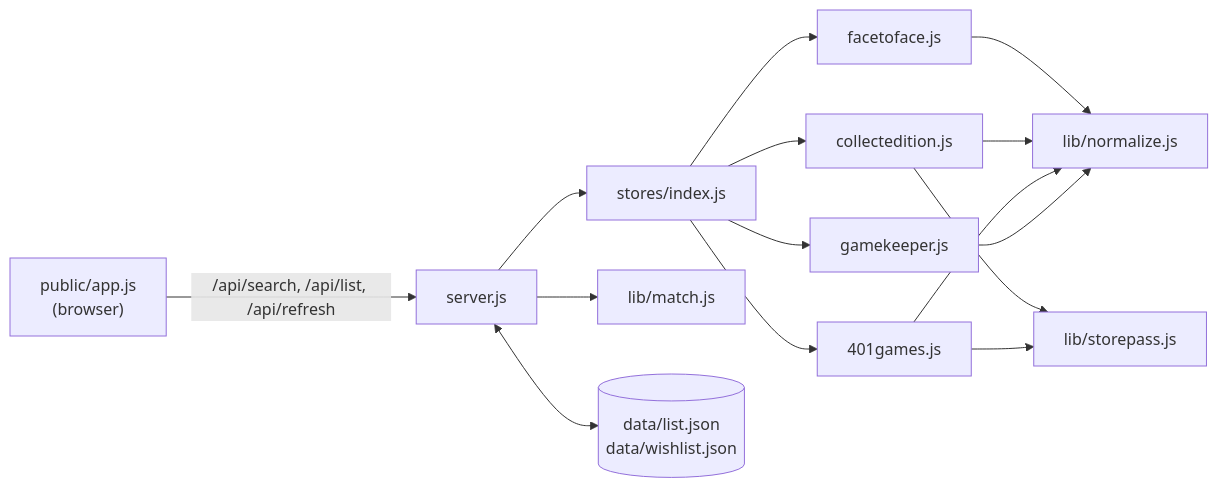
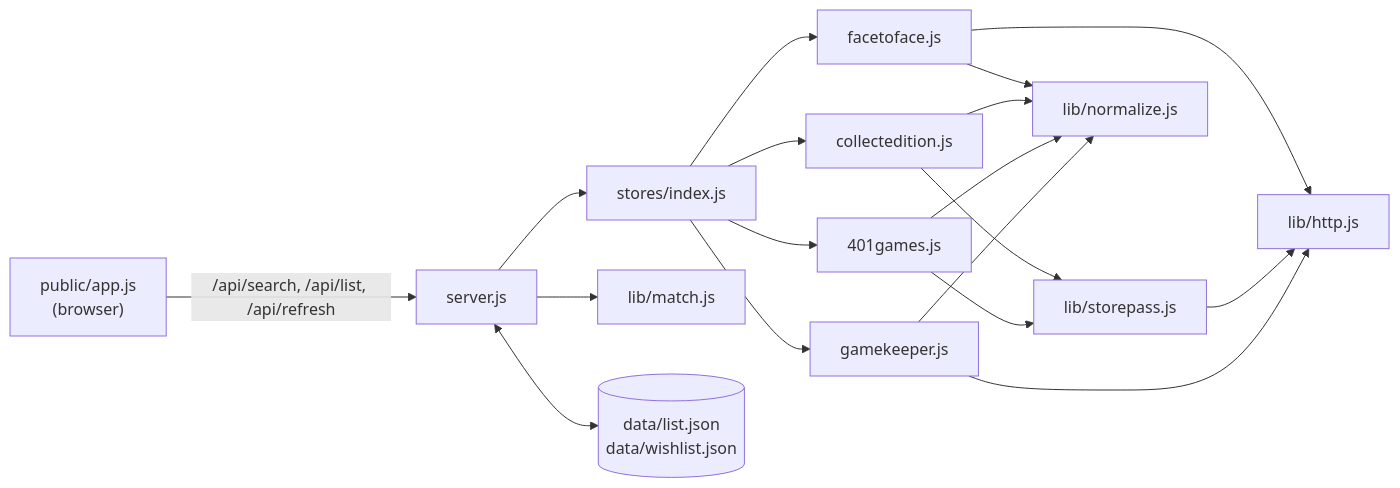
One commit to bordy82/mtg-price-checker changed the diagram in docs/ARCHITECTURE.md. Above: the diagram before and after it, drawn with Mermaid. The commit also changed other lines of this file and 8 other files, not shown here.

````diff
--- a/docs/ARCHITECTURE.md
+++ b/docs/ARCHITECTURE.md
@@ -7,13 +7,14 @@
 ```mermaid
 flowchart LR
   UI["public/app.js<br/>(browser)"] -- "/api/search, /api/list, /api/refresh" --> S["server.js"]
   S --> R["stores/index.js"]
   R --> F["facetoface.js"]
   R --> C["collectedition.js"]
   R --> Q["401games.js"]
   R --> G["gamekeeper.js"]
   C & Q --> SP["lib/storepass.js"]
   F & C & Q & G --> N["lib/normalize.js"]
+  F & SP & G --> H["lib/http.js"]
   S --> M["lib/match.js"]
   S <--> D[("data/list.json<br/>data/wishlist.json")]
 ```
````
